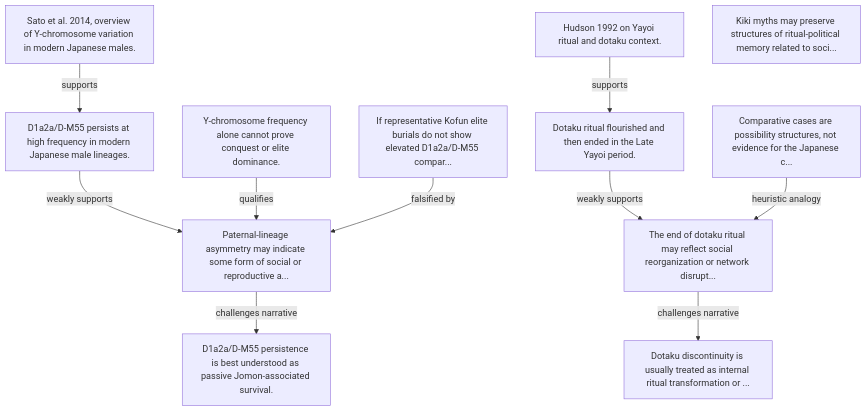
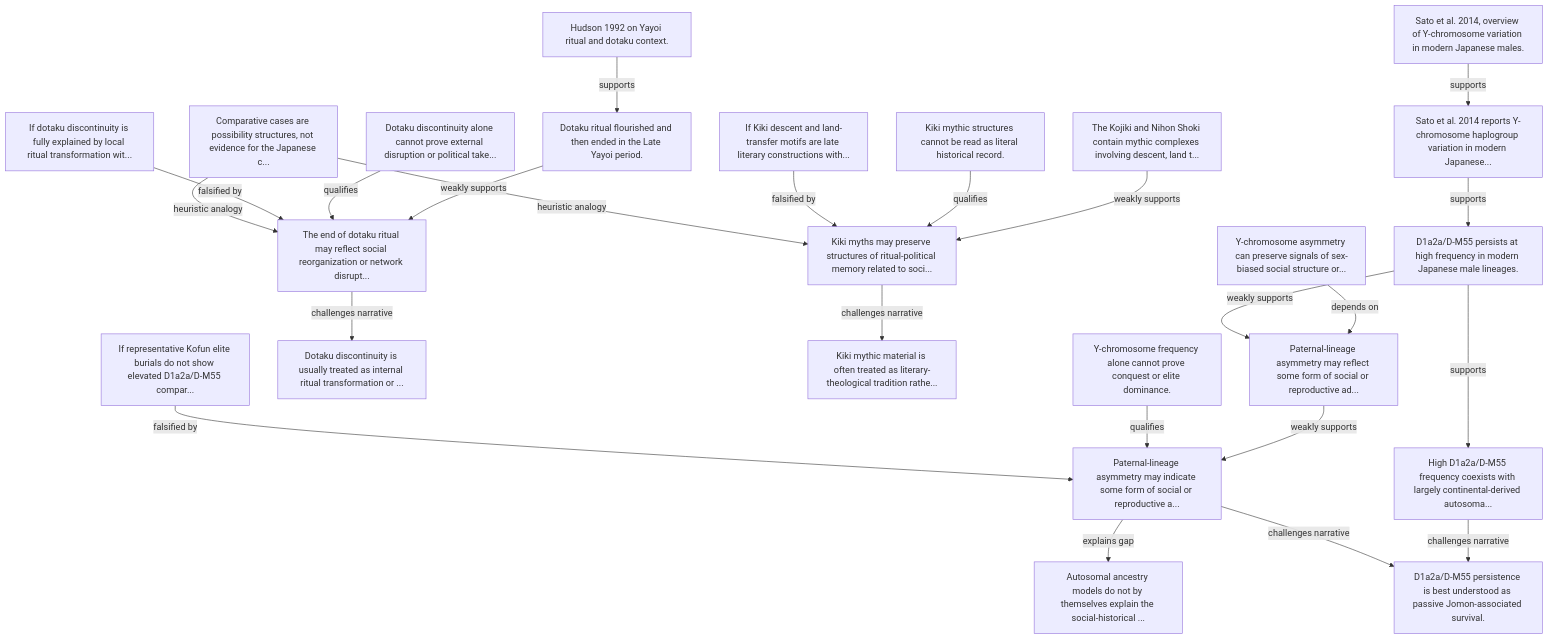
One commit to tasuku-9/epistemic-gap-mapper-skill changed the diagram in examples/jomon_dotaku_kiki/graph_generated.mmd. Above: the diagram before and after it, drawn with Mermaid. The commit also changed 20 other files, not shown here.

```diff
--- a/examples/jomon_dotaku_kiki/graph_generated.mmd
+++ b/examples/jomon_dotaku_kiki/graph_generated.mmd
@@ -1,22 +1,46 @@
 graph TD
   P1["Sato et al. 2014, overview of Y-chromosome variation in modern Japanese males."]
+  SC1["Sato et al. 2014 reports Y-chromosome haplogroup variation in modern Japanese..."]
   E1["D1a2a/D-M55 persists at high frequency in modern Japanese male lineages."]
+  EX1["High D1a2a/D-M55 frequency coexists with largely continental-derived autosoma..."]
+  A1["Y-chromosome asymmetry can preserve signals of sex-biased social structure or..."]
+  I1["Paternal-lineage asymmetry may reflect some form of social or reproductive ad..."]
+  G1["Autosomal ancestry models do not by themselves explain the social-historical ..."]
   UC1["Paternal-lineage asymmetry may indicate some form of social or reproductive a..."]
   N2["D1a2a/D-M55 persistence is best understood as passive Jomon-associated survival."]
   P2["Hudson 1992 on Yayoi ritual and dotaku context."]
   E2["Dotaku ritual flourished and then ended in the Late Yayoi period."]
   UC2["The end of dotaku ritual may reflect social reorganization or network disrupt..."]
   N3["Dotaku discontinuity is usually treated as internal ritual transformation or ..."]
   UC3["Kiki myths may preserve structures of ritual-political memory related to soci..."]
+  N4["Kiki mythic material is often treated as literary-theological tradition rathe..."]
+  P3["The Kojiki and Nihon Shoki contain mythic complexes involving descent, land t..."]
   R1["Y-chromosome frequency alone cannot prove conquest or elite dominance."]
+  R2["Dotaku discontinuity alone cannot prove external disruption or political take..."]
+  R3["Kiki mythic structures cannot be read as literal historical record."]
   F1["If representative Kofun elite burials do not show elevated D1a2a/D-M55 compar..."]
+  F2["If dotaku discontinuity is fully explained by local ritual transformation wit..."]
+  F3["If Kiki descent and land-transfer motifs are late literary constructions with..."]
   M7["Comparative cases are possibility structures, not evidence for the Japanese c..."]
-  P1 -- supports --> E1
-  E1 -- weakly supports --> UC1
+  P1 -- supports --> SC1
+  SC1 -- supports --> E1
+  E1 -- supports --> EX1
+  EX1 -- challenges narrative --> N2
+  A1 -- depends on --> I1
+  E1 -- weakly supports --> I1
+  I1 -- weakly supports --> UC1
+  UC1 -- explains gap --> G1
   UC1 -- challenges narrative --> N2
   R1 -- qualifies --> UC1
   F1 -- falsified by --> UC1
   P2 -- supports --> E2
   E2 -- weakly supports --> UC2
   UC2 -- challenges narrative --> N3
+  R2 -- qualifies --> UC2
+  F2 -- falsified by --> UC2
+  P3 -- weakly supports --> UC3
+  UC3 -- challenges narrative --> N4
+  R3 -- qualifies --> UC3
+  F3 -- falsified by --> UC3
   M7 -- heuristic analogy --> UC2
+  M7 -- heuristic analogy --> UC3
```
